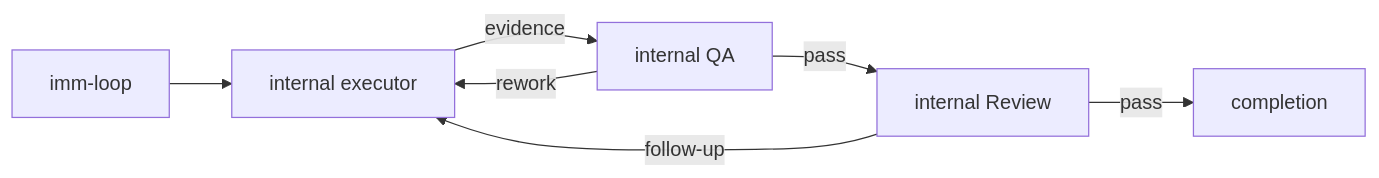
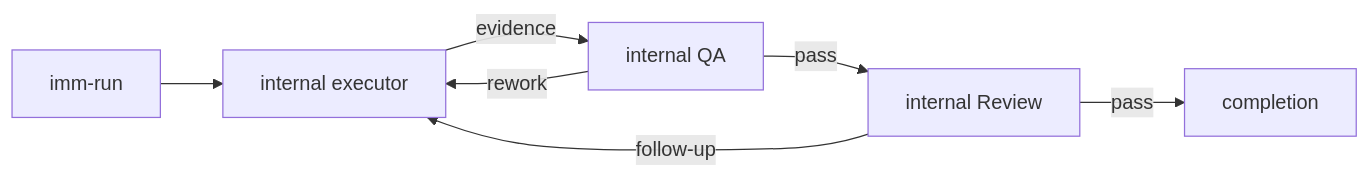
The second of 2 diagrams in plugins/immune-brain/README.md (dereknex/immune-brain), drawn with Mermaid before and after one commit. The commit also changed other lines of this file and 83 other files, not shown here.

````diff
--- a/plugins/immune-brain/README.md
+++ b/plugins/immune-brain/README.md
@@ -56,9 +56,9 @@
 ```mermaid
 flowchart LR
-  loop[imm-loop] --> executor[internal executor]
+  loop[imm-run] --> executor[internal executor]
   executor -->|evidence| qa[internal QA]
   qa -->|pass| review[internal Review]
   qa -->|rework| executor
   review -->|follow-up| executor
   review -->|pass| done[completion]
 ```
````
